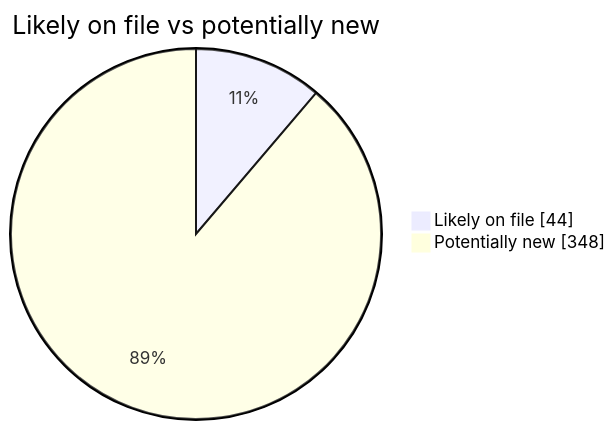
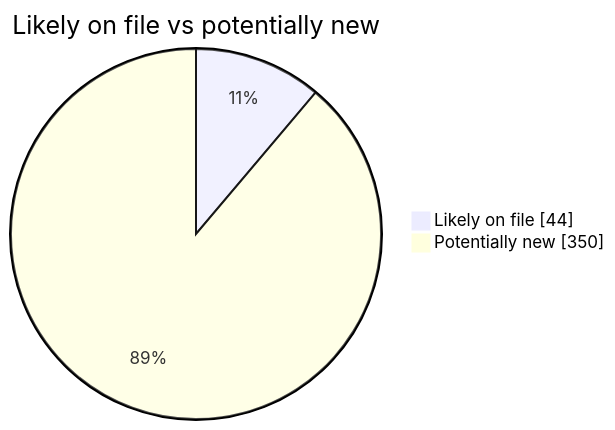
One commit to martinbalfanz/social-scanner-reports changed the second of 4 diagrams in README.md. Above: the diagram before and after it, drawn with Mermaid. The commit also changed other lines of this file and 4 other files, not shown here.

````diff
--- a/README.md
+++ b/README.md
@@ -40,5 +40,5 @@
 ```mermaid
 pie showData title Likely on file vs potentially new
     "Likely on file" : 44
-    "Potentially new" : 348
+    "Potentially new" : 350
 ```
````
